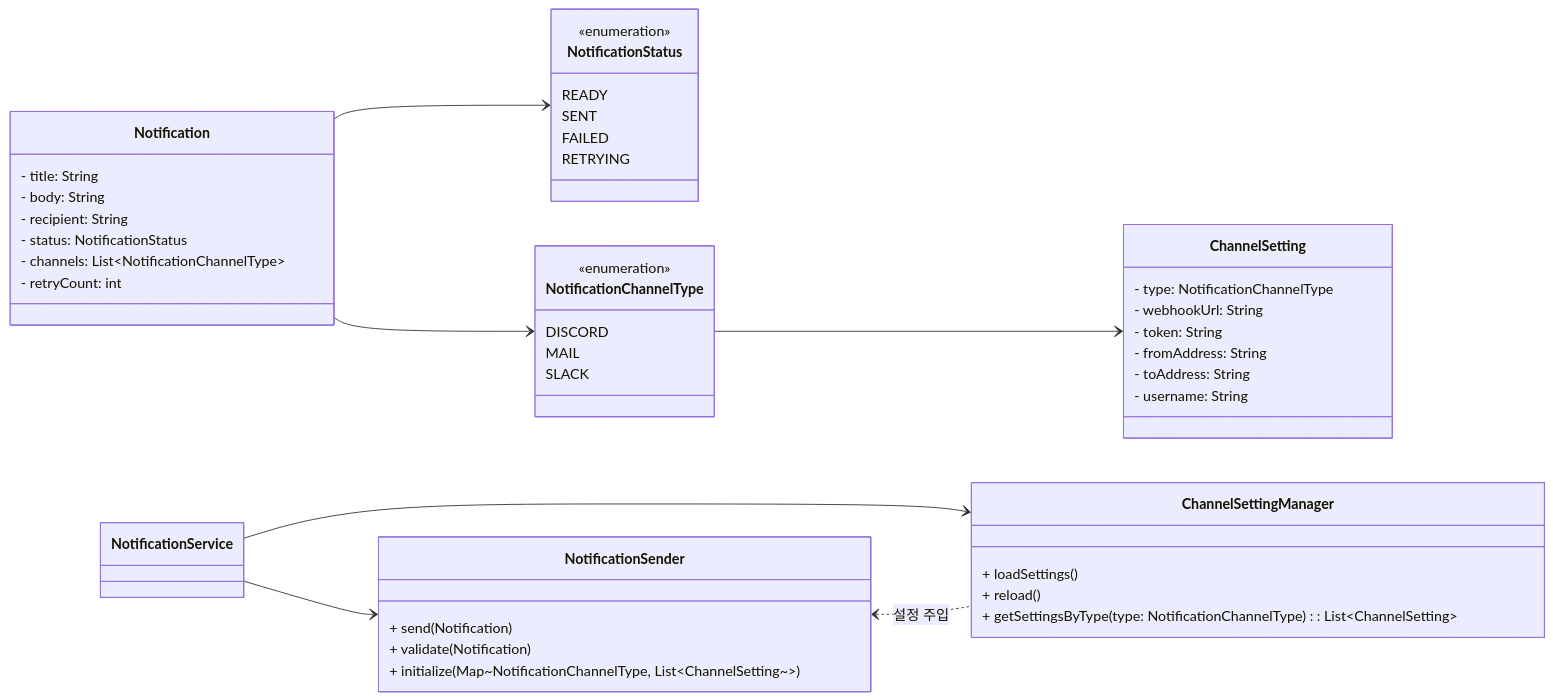
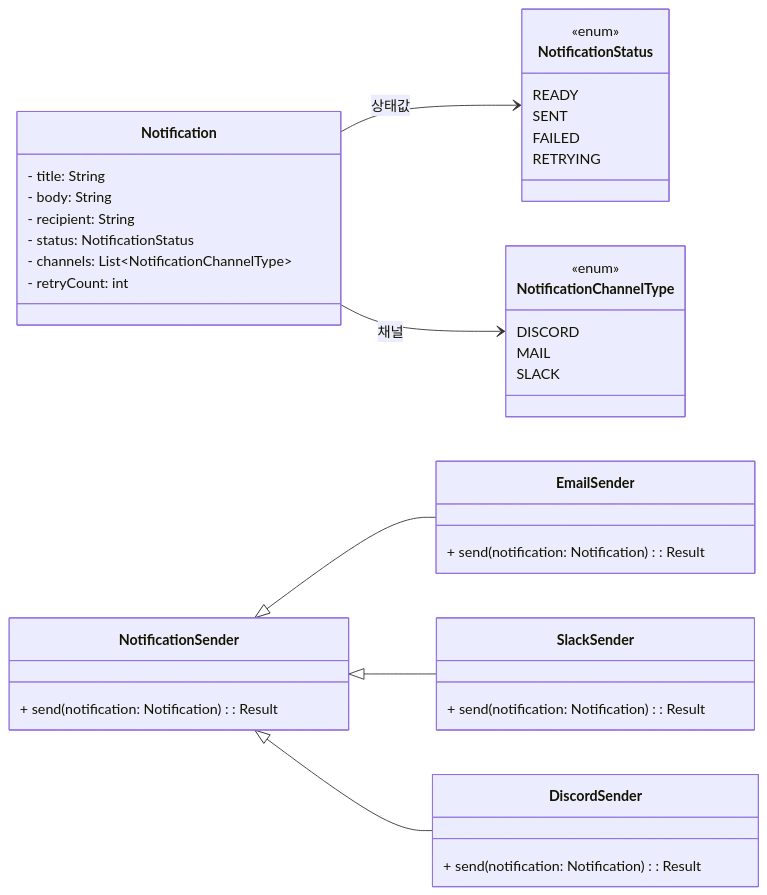
One commit to Team-CDBD/OpensourceBE changed the second of 2 diagrams in docs/Notification/ADR_Notification.md. Above: the diagram before and after it, drawn with Mermaid. The commit also changed other lines of this file, not shown here.

````diff
--- a/docs/Notification/ADR_Notification.md
+++ b/docs/Notification/ADR_Notification.md
@@ -59,56 +77,51 @@
 ```mermaid
 classDiagram
     direction LR
 
     class Notification {
         - title: String
         - body: String
         - recipient: String
         - status: NotificationStatus
         - channels: List~NotificationChannelType~
         - retryCount: int
     }
 
     class NotificationStatus {
-        <<enumeration>>
+        <<enum>>
         READY
         SENT
         FAILED
         RETRYING
     }
 
     class NotificationChannelType {
-        <<enumeration>>
+        <<enum>>
         DISCORD
         MAIL
         SLACK
     }
 
-    class ChannelSetting {
-        - type: NotificationChannelType
-        - webhookUrl: String
-        - token: String
-        - fromAddress: String
-        - toAddress: String
-        - username: String
+    class NotificationSender {
+        + send(notification: Notification): Result
     }
 
-    class ChannelSettingManager {
-        + loadSettings()
-        + reload()
-        + getSettingsByType(type: NotificationChannelType): List~ChannelSetting~
+    class EmailSender {
+        + send(notification: Notification): Result
     }
 
-    class NotificationSender {
-        + send(Notification)
-        + validate(Notification)
-        + initialize(Map~NotificationChannelType, List~ChannelSetting~~)
+    class SlackSender {
+        + send(notification: Notification): Result
     }
 
-    Notification --> NotificationStatus
-    Notification --> NotificationChannelType
-    NotificationChannelType --> ChannelSetting
-    NotificationService --> ChannelSettingManager
-    NotificationService --> NotificationSender
-    NotificationSender <.. ChannelSettingManager : 설정 주입
+    class DiscordSender {
+        + send(notification: Notification): Result
+    }
+
+    Notification --> NotificationStatus : 상태값
+    Notification --> NotificationChannelType : 채널
+
+    NotificationSender <|-- EmailSender
+    NotificationSender <|-- SlackSender
+    NotificationSender <|-- DiscordSender
 ```
````
